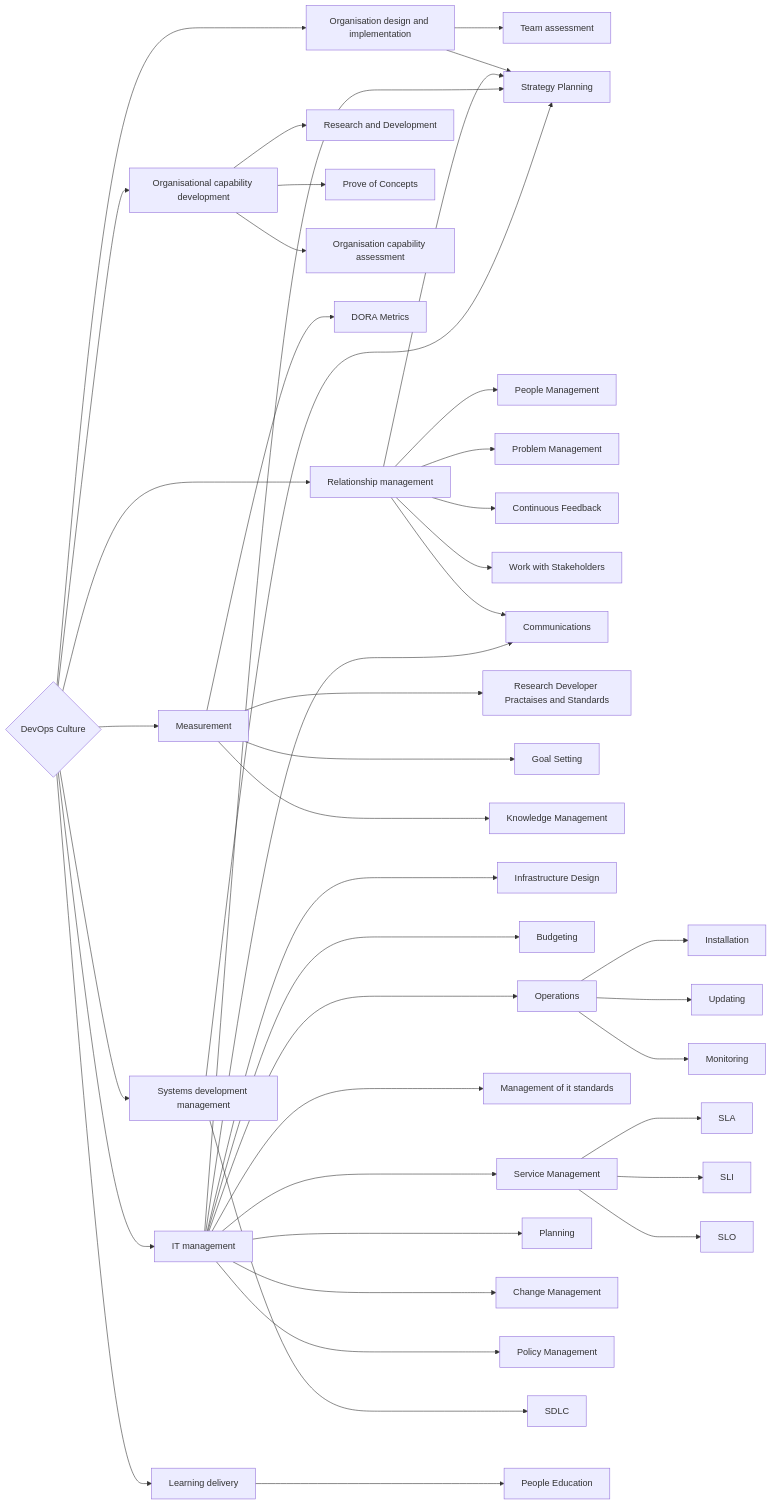
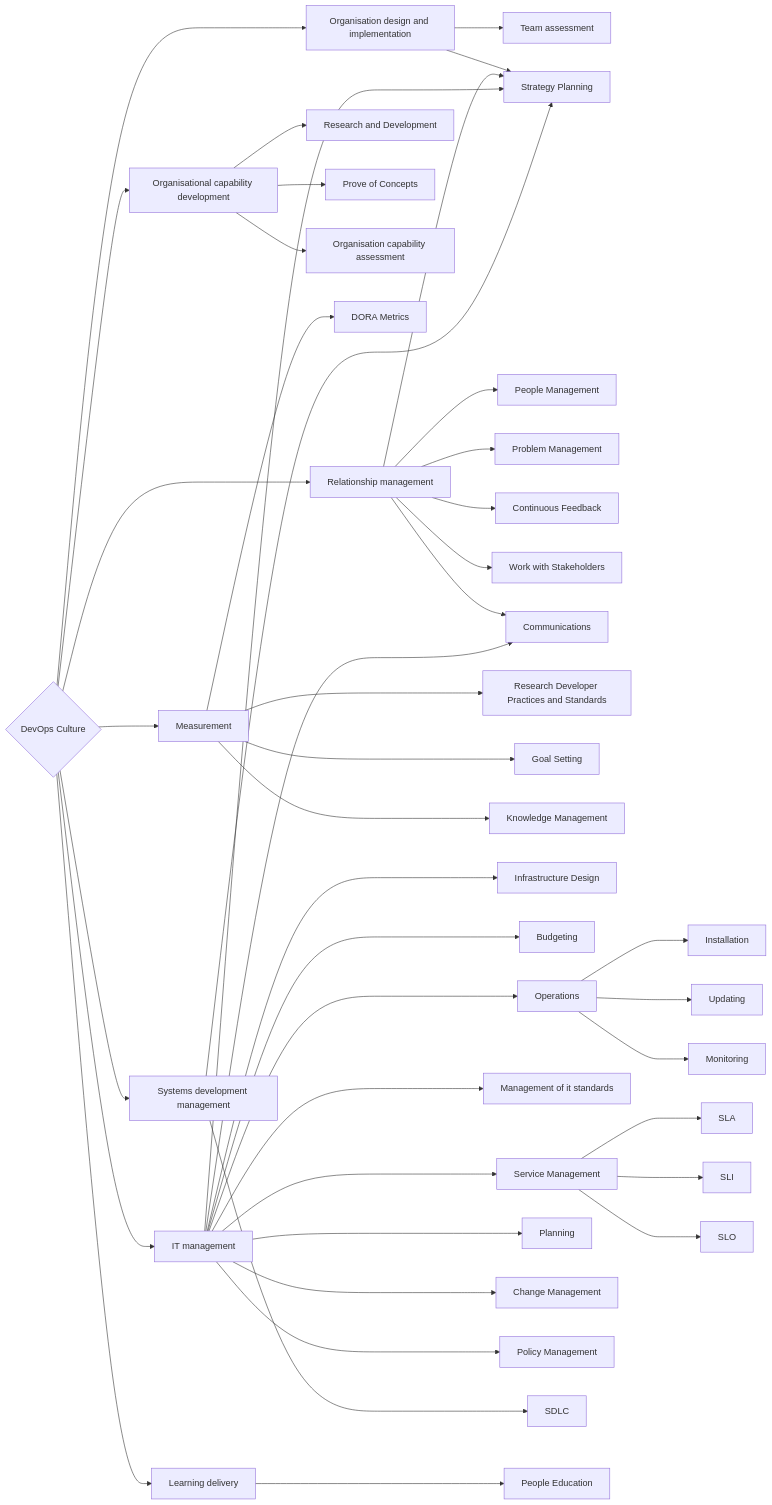
Before and after one commit to evgeniy-kharchenko/The-Way-of-DevOps: the diagram in docs/devops-culture.md, drawn with Mermaid.

Commit message:
Misspelling (#4)
Correct wording for 'practices' word

````diff
--- a/docs/devops-culture.md
+++ b/docs/devops-culture.md
@@ -3,52 +3,52 @@
 ```mermaid
 graph LR
     DevOpsCulture{DevOps Culture}
     DevOpsCulture --> OCDV[Organisational capability development]
     DevOpsCulture --> ORDI[Organisation design and implementation]
     DevOpsCulture --> RLMT[Relationship management]
     DevOpsCulture --> MEAS[Measurement]
     DevOpsCulture --> ITMG[IT management]
     DevOpsCulture --> DLMG[Systems development management]
     DevOpsCulture --> ETDL[Learning delivery]
 
     OCDV --> RnD[Research and Development]
     OCDV --> PoC[Prove of Concepts]
     OCDV --> OrgCapAssessment[Organisation capability assessment]
 
     ORDI --> TeamAssessment[Team assessment]
     ORDI --> StrategyPlanning[Strategy Planning]
 
     RLMT --> PeopleManagement[People Management]
     RLMT --> ProblemManagement[Problem Management]
     RLMT --> ContinuousFeedback[Continuous Feedback]
     RLMT --> WorkwithStakeholders[Work with Stakeholders]
     RLMT --> Communications
     RLMT --> StrategyPlanning
 
     MEAS --> DORA[DORA Metrics]
-    MEAS ---> RnDDevPractaises[Research Developer Practaises and Standards]
+    MEAS ---> RnDDevPractices[Research Developer Practices and Standards]
     MEAS ---> GoalSetting[Goal Setting]
     MEAS ---> KnowledgeManagement[Knowledge Management]
 
     ITMG ---> InfrastructureDesign[Infrastructure Design]
     ITMG ---> Budgeting[Budgeting]
     ITMG ---> Operations[Operations]
     Operations ---> Installation
     Operations ---> Updating
     Operations ---> Monitoring
     ITMG ---> StandardManagement[Management of it standards]
     ITMG ---> ServiceManagement[Service Management]
     ServiceManagement ---> SLA
     ServiceManagement ---> SLI
     ServiceManagement ---> SLO
     ITMG ---> Planning
     ITMG ---> Communications
     ITMG ---> StrategyPlanning
     ITMG ---> CHMG[Change Management]
     ITMG ---> Policy[Policy Management]
 
     DLMG ---> StrategyPlanning
     DLMG ---> SDLC
 
     ETDL ---> PeopleEducation[People Education]
 ```
````
